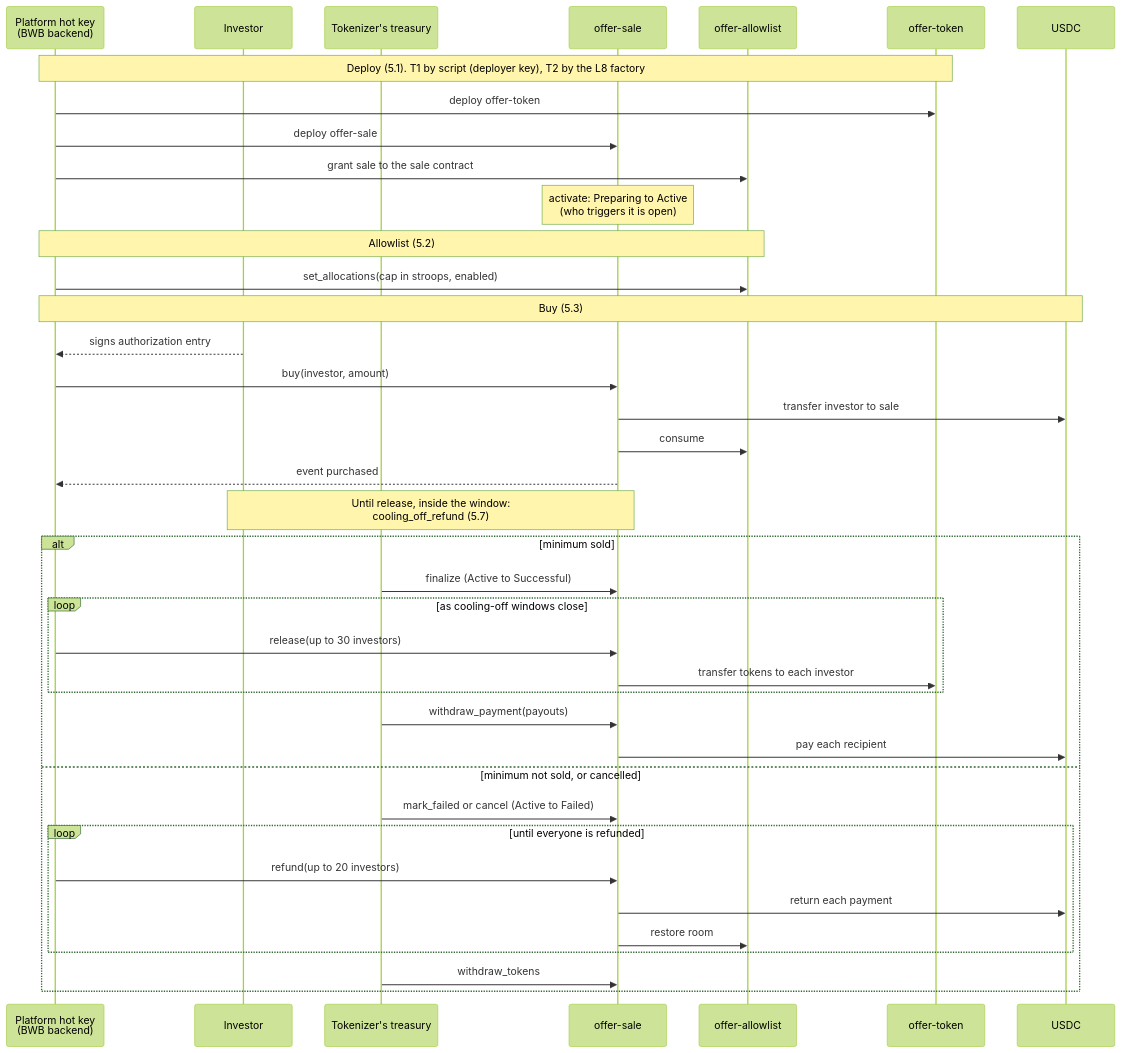
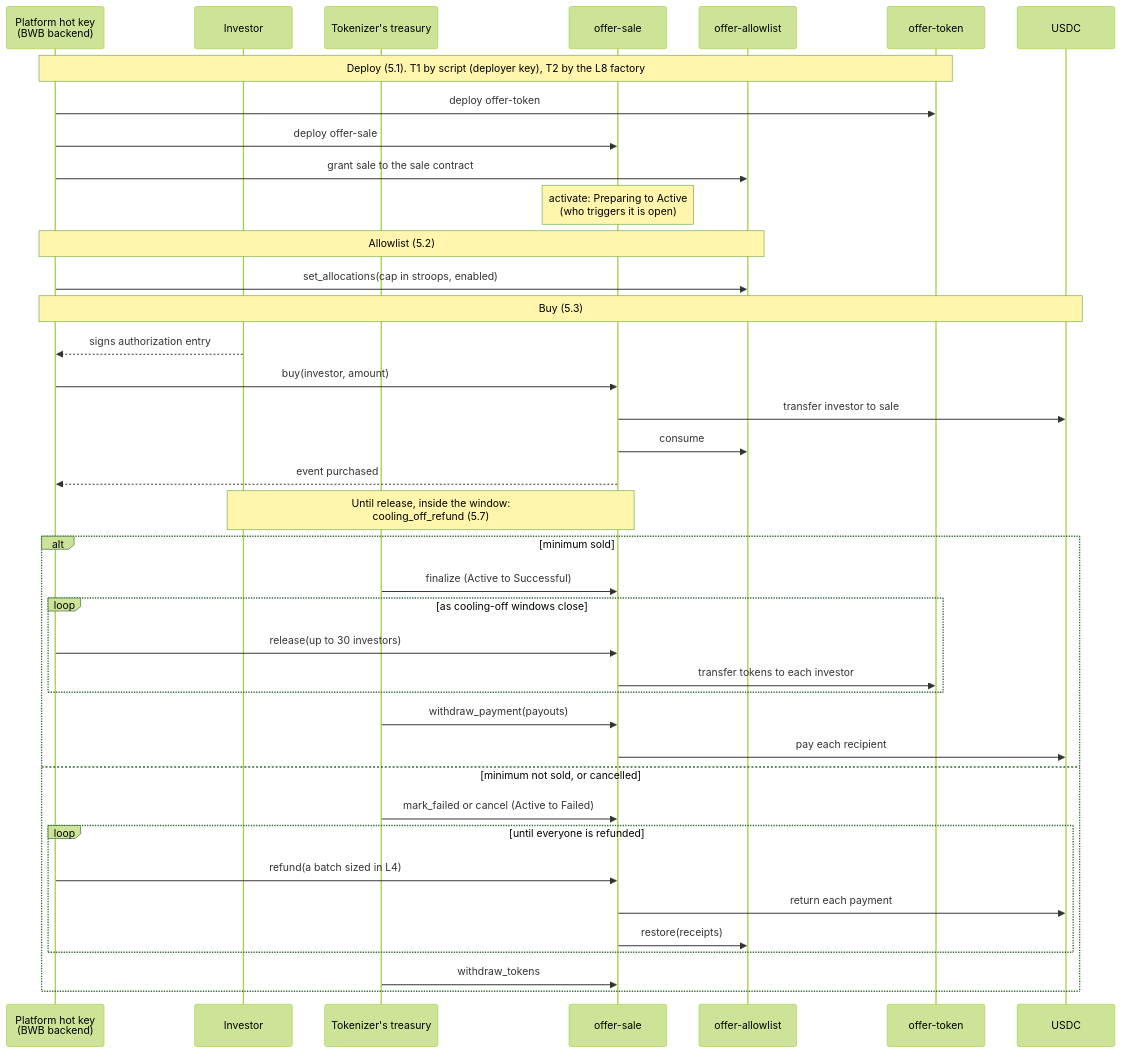
Before and after one commit to BWB-Labs/bwb-stellar: the first of 2 diagrams in docs/interface.md, drawn with Mermaid (forest theme). The commit also changed other lines of this file and 2 other files, not shown here.

First line of the commit message:
docs(allowlist): per-purchase receipts, restore by receipt

````diff
--- a/docs/interface.md
+++ b/docs/interface.md
@@ -78,45 +78,45 @@
 ```mermaid
 sequenceDiagram
   participant HK as Platform hot key<br/>(BWB backend)
   participant INV as Investor
   participant IT as Tokenizer's treasury
   participant S as offer-sale
   participant A as offer-allowlist
   participant T as offer-token
   participant U as USDC
 
   Note over HK,T: Deploy (5.1). T1 by script (deployer key), T2 by the L8 factory
   HK->>T: deploy offer-token
   HK->>S: deploy offer-sale
   HK->>A: grant sale to the sale contract
   Note over S: activate: Preparing to Active<br/>(who triggers it is open)
 
   Note over HK,A: Allowlist (5.2)
   HK->>A: set_allocations(cap in stroops, enabled)
 
   Note over HK,U: Buy (5.3)
   INV-->>HK: signs authorization entry
   HK->>S: buy(investor, amount)
   S->>U: transfer investor to sale
   S->>A: consume
   S-->>HK: event purchased
   Note over INV,S: Until release, inside the window:<br/>cooling_off_refund (5.7)
 
   alt minimum sold
     IT->>S: finalize (Active to Successful)
     loop as cooling-off windows close
       HK->>S: release(up to 30 investors)
       S->>T: transfer tokens to each investor
     end
     IT->>S: withdraw_payment(payouts)
     S->>U: pay each recipient
   else minimum not sold, or cancelled
     IT->>S: mark_failed or cancel (Active to Failed)
     loop until everyone is refunded
-      HK->>S: refund(up to 20 investors)
+      HK->>S: refund(a batch sized in L4)
       S->>U: return each payment
-      S->>A: restore room
+      S->>A: restore(receipts)
     end
     IT->>S: withdraw_tokens
   end
 ```
````
